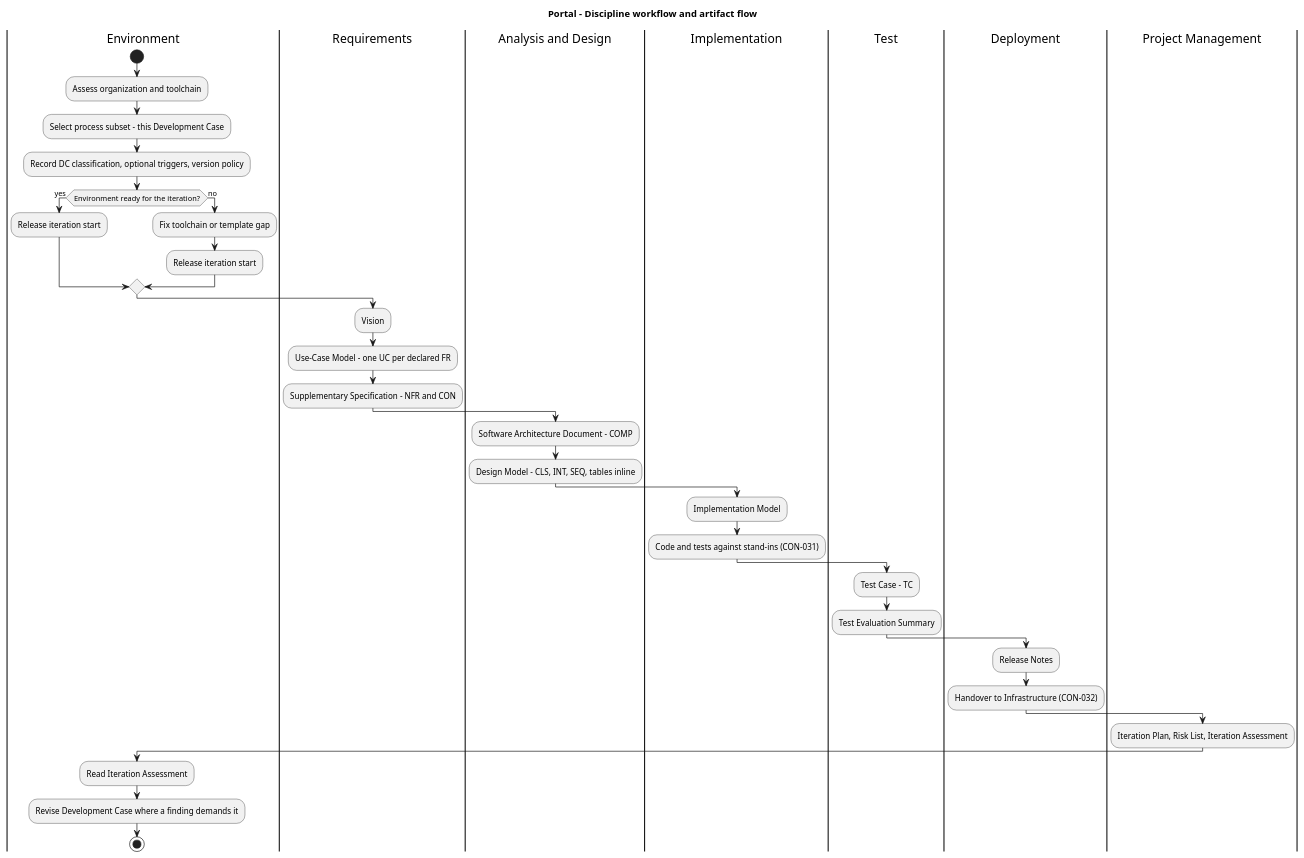
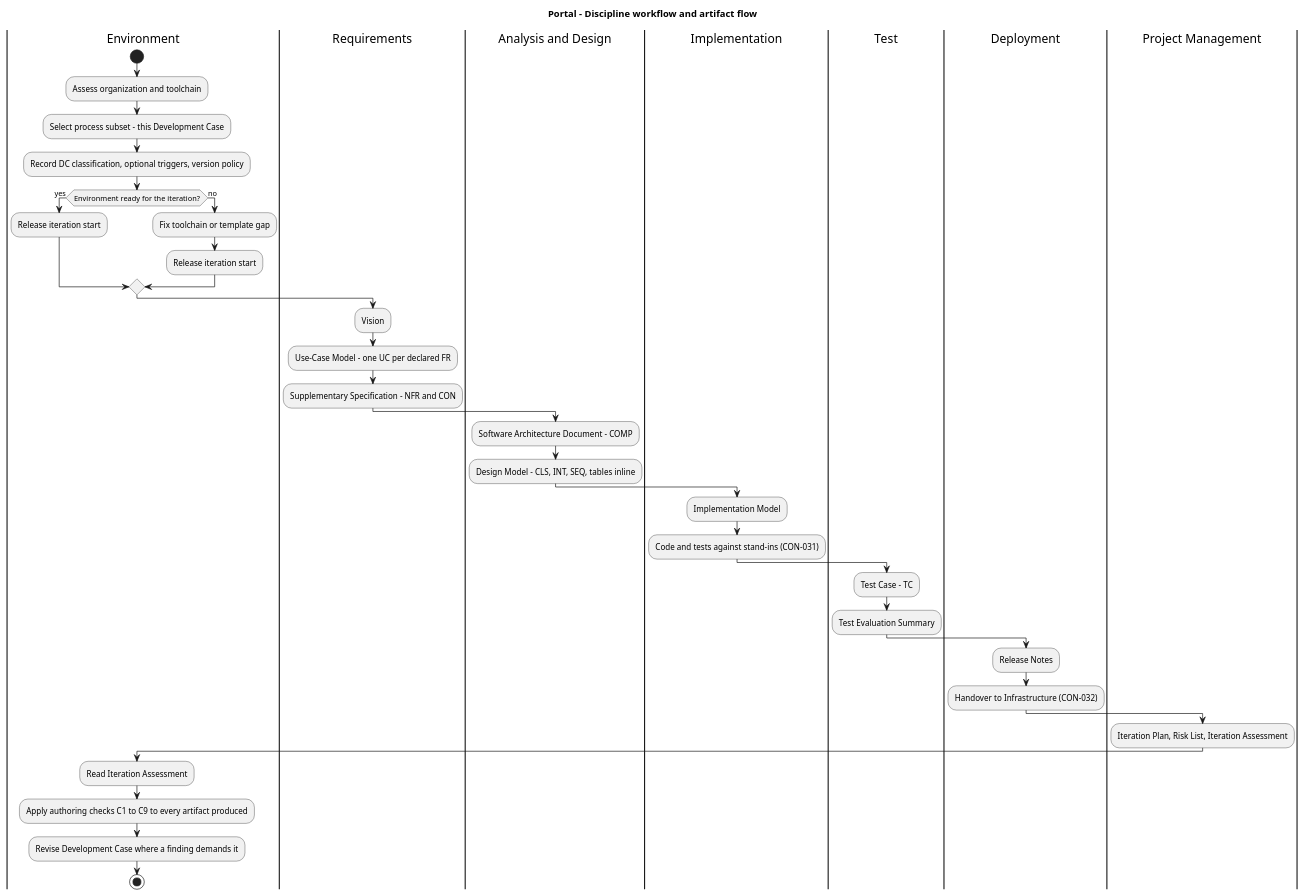
The second of 6 diagrams in docs/artifacts/environment/development-case.md (banense-test/portal), drawn with PlantUML before and after one commit.

Commit message:
Process Engineer [I3]: upsert Development Case
[skip ci]

````diff
--- a/docs/artifacts/environment/development-case.md
+++ b/docs/artifacts/environment/development-case.md
@@ -87,46 +87,47 @@
 ```plantuml
 @startuml
 title Portal - Discipline workflow and artifact flow
 
 |Environment|
 start
 :Assess organization and toolchain;
 :Select process subset - this Development Case;
 :Record DC classification, optional triggers, version policy;
 if (Environment ready for the iteration?) then (yes)
   :Release iteration start;
 else (no)
   :Fix toolchain or template gap;
   :Release iteration start;
 endif
 
 |Requirements|
 :Vision;
 :Use-Case Model - one UC per declared FR;
 :Supplementary Specification - NFR and CON;
 
 |Analysis and Design|
 :Software Architecture Document - COMP;
 :Design Model - CLS, INT, SEQ, tables inline;
 
 |Implementation|
 :Implementation Model;
 :Code and tests against stand-ins (CON-031);
 
 |Test|
 :Test Case - TC;
 :Test Evaluation Summary;
 
 |Deployment|
 :Release Notes;
 :Handover to Infrastructure (CON-032);
 
 |Project Management|
 :Iteration Plan, Risk List, Iteration Assessment;
 
 |Environment|
 :Read Iteration Assessment;
+:Apply authoring checks C1 to C9 to every artifact produced;
 :Revise Development Case where a finding demands it;
 stop
 @enduml
 ```
````
